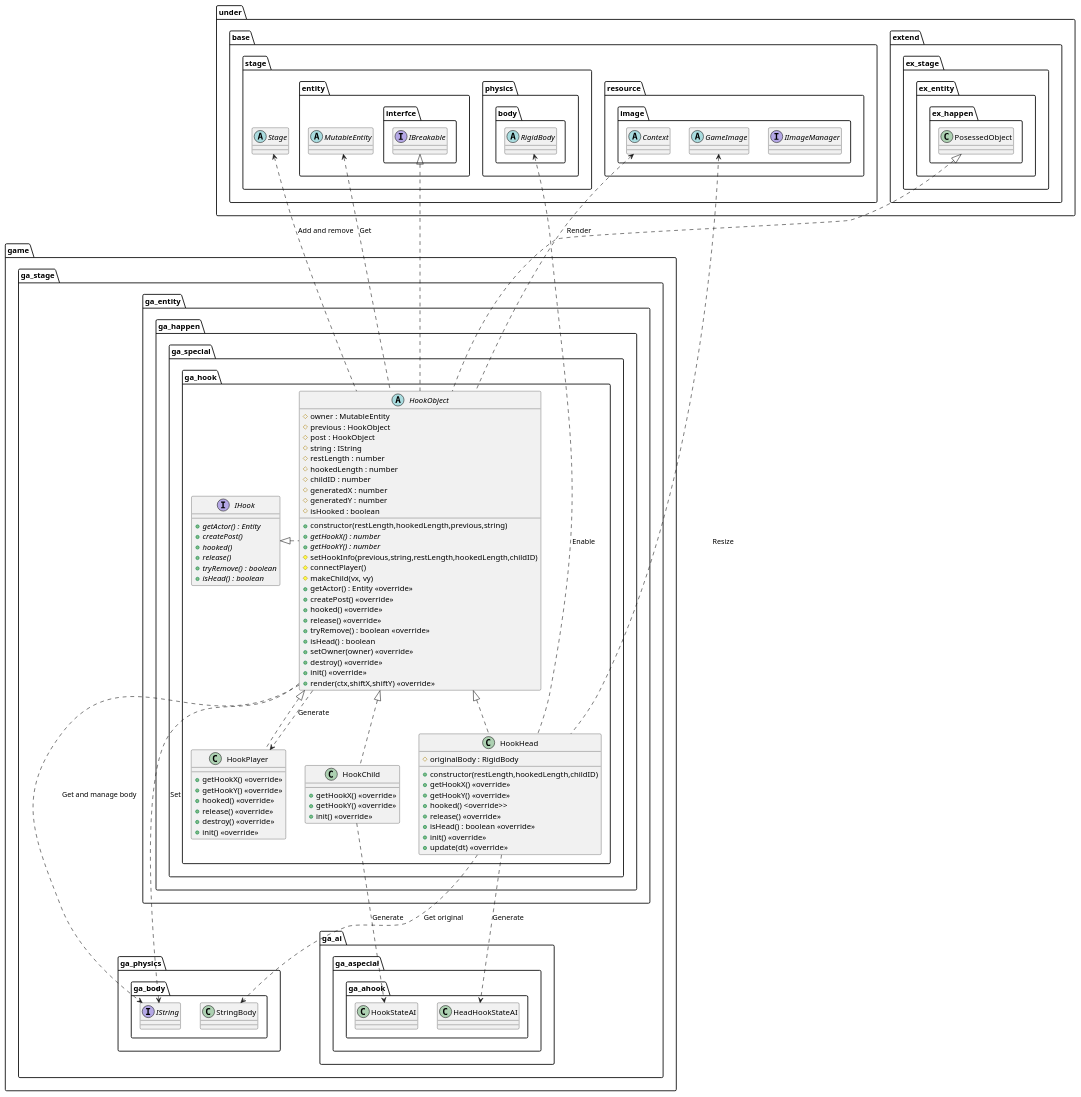
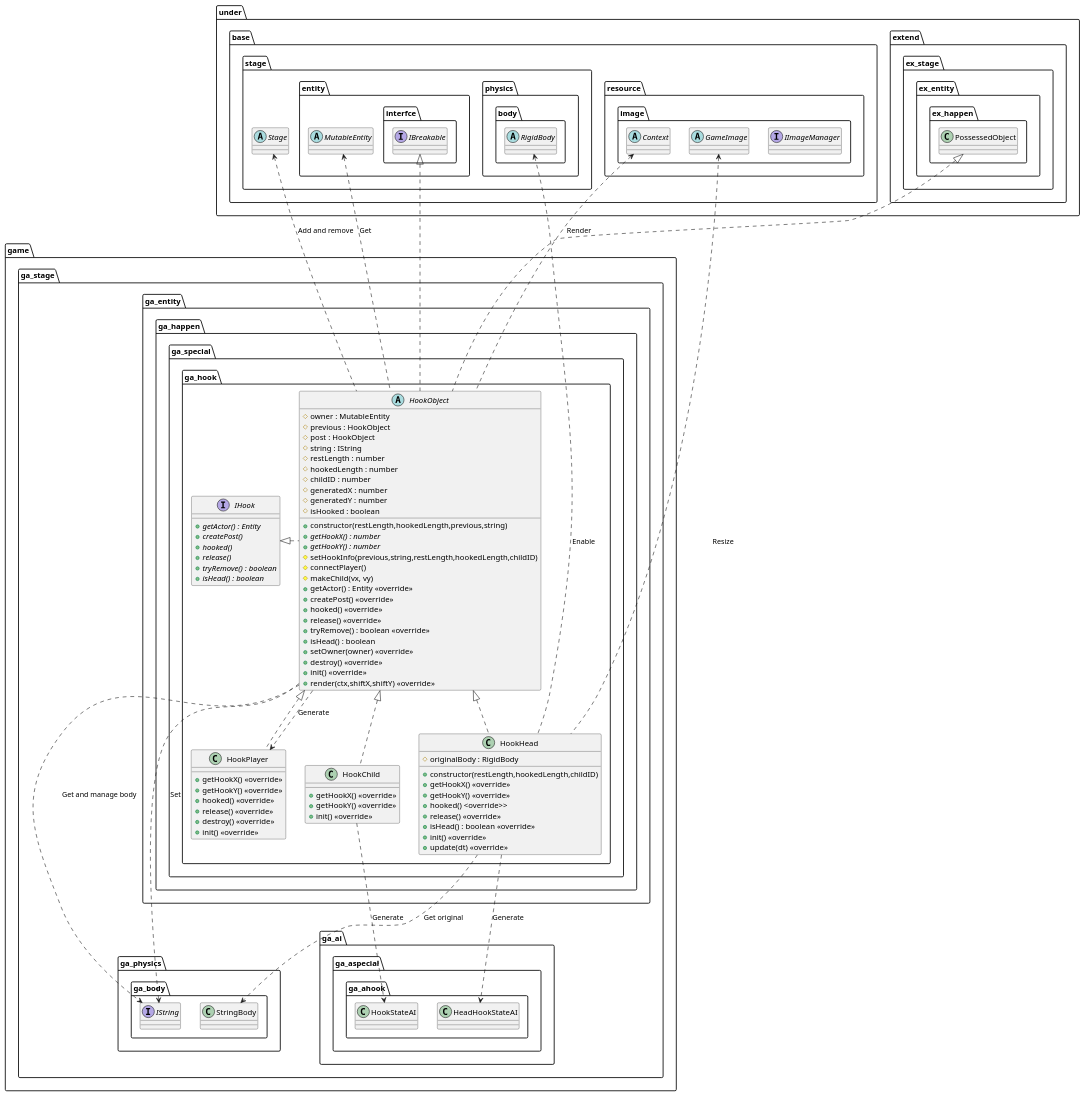
One commit to Expine/Under changed the diagram in uml/entity/GameHook.wsd. Above: the diagram before and after it, drawn with PlantUML. The commit also changed 31 other files, not shown here.

```diff
--- a/uml/entity/GameHook.wsd
+++ b/uml/entity/GameHook.wsd
@@ -1,149 +1,149 @@
 @startuml EntityGameHook
 package game {
     package ga_stage {
         package ga_entity {
             package ga_happen {
                 package ga_special {
                     package ga_hook {
                         interface IHook {
                             {abstract} +getActor() : Entity
                             {abstract} +createPost()
                             {abstract} +hooked()
                             {abstract} +release()
                             {abstract} +tryRemove() : boolean
                             {abstract} +isHead() : boolean
                         }
                         abstract HookObject {
                             +constructor(restLength,hookedLength,previous,string)
                             #owner : MutableEntity
                             #previous : HookObject
                             #post : HookObject
                             #string : IString
                             #restLength : number
                             #hookedLength : number
                             #childID : number
                             #generatedX : number
                             #generatedY : number
                             #isHooked : boolean
                             {abstract} +getHookX() : number
                             {abstract} +getHookY() : number
                             #setHookInfo(previous,string,restLength,hookedLength,childID)
                             #connectPlayer()
                             #makeChild(vx, vy)
                             +getActor() : Entity <<override>>
                             +createPost() <<override>>
                             +hooked() <<override>>
                             +release() <<override>>
                             +tryRemove() : boolean <<override>>
                             +isHead() : boolean
                             +setOwner(owner) <<override>>
                             +destroy() <<override>>
                             +init() <<override>>
                             +render(ctx,shiftX,shiftY) <<override>>
                         }
                         class HookHead {
                             +constructor(restLength,hookedLength,childID)
                             #originalBody : RigidBody
                             +getHookX() <<override>>
                             +getHookY() <<override>>
                             +hooked() <override>>
                             +release() <<override>>
                             +isHead() : boolean <<override>>
                             +init() <<override>>
                             +update(dt) <<override>>
                         }
                         class HookChild {
                             +getHookX() <<override>>
                             +getHookY() <<override>>
                             +init() <<override>>
                         }
                         class HookPlayer {
                             +getHookX() <<override>>
                             +getHookY() <<override>>
                             +hooked() <<override>>
                             +release() <<override>>
                             +destroy() <<override>>
                             +init() <<override>>
                         }
                     }
                 }
             }
         }
     }
 }
 
 package under {
     package base {
         package resource {
             package image {
                 interface IImageManager
                 abstract Context
                 abstract GameImage
             }
         }
         package stage {
             abstract Stage
             package entity {
                 abstract MutableEntity
                 package interfce {
                     interface IBreakable
                 }
             }
             package physics {
                 package body {
                     abstract RigidBody
                 }
             }
         }
     }
     package extend {
         package ex_stage {
             package ex_entity {
                 package ex_happen {
-                    class PosessedObject
+                    class PossessedObject
                 }
             }
         }
     }
 }
 package game {
     package ga_stage {
         package ga_ai {
             package ga_aspecial {
                 package ga_ahook {
                     class HookStateAI
                     class HeadHookStateAI
                 }
             }
         }
         package ga_physics {
             package ga_body {
                 interface IString
                 class StringBody
             }
         }
     }
 }
 
 MutableEntity <.. HookObject : Get
 HookObject ..> IString: Get and manage body
 HookObject ..> HookPlayer : Generate
 Context <.. HookObject : Render
 Stage <.. HookObject : Add and remove
 
 HookHead ..> HeadHookStateAI : Generate
 GameImage <... HookHead : Resize
 HookObject ..> IString : Set
 HookHead ..> StringBody : Get original
 RigidBody <... HookHead : Enable
 
 HookChild ..> HookStateAI : Generate
 
-PosessedObject <|.. HookObject
+PossessedObject <|.. HookObject
 IBreakable <|.. HookObject
 IHook <|. HookObject
 HookObject <|.. HookHead
 HookObject <|.. HookChild
 HookObject <|.. HookPlayer
 
 @enduml
```
